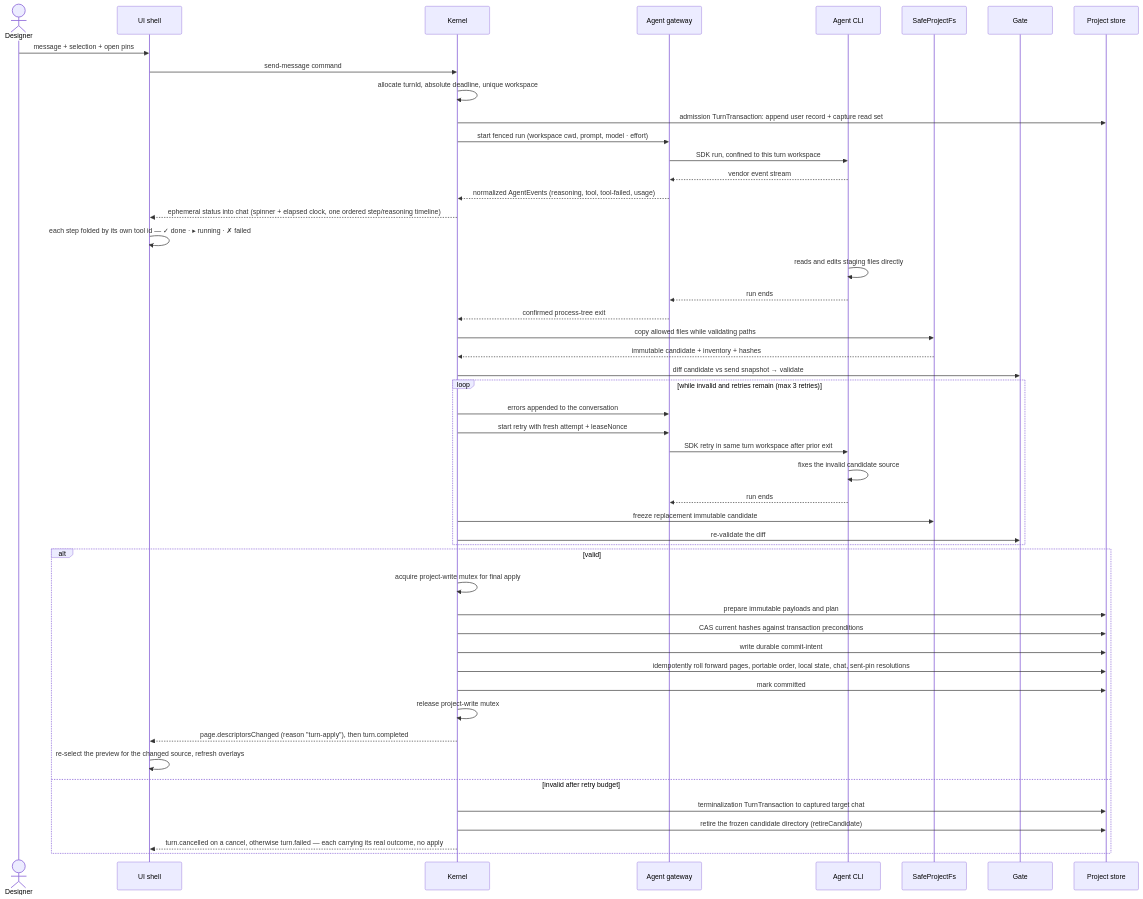
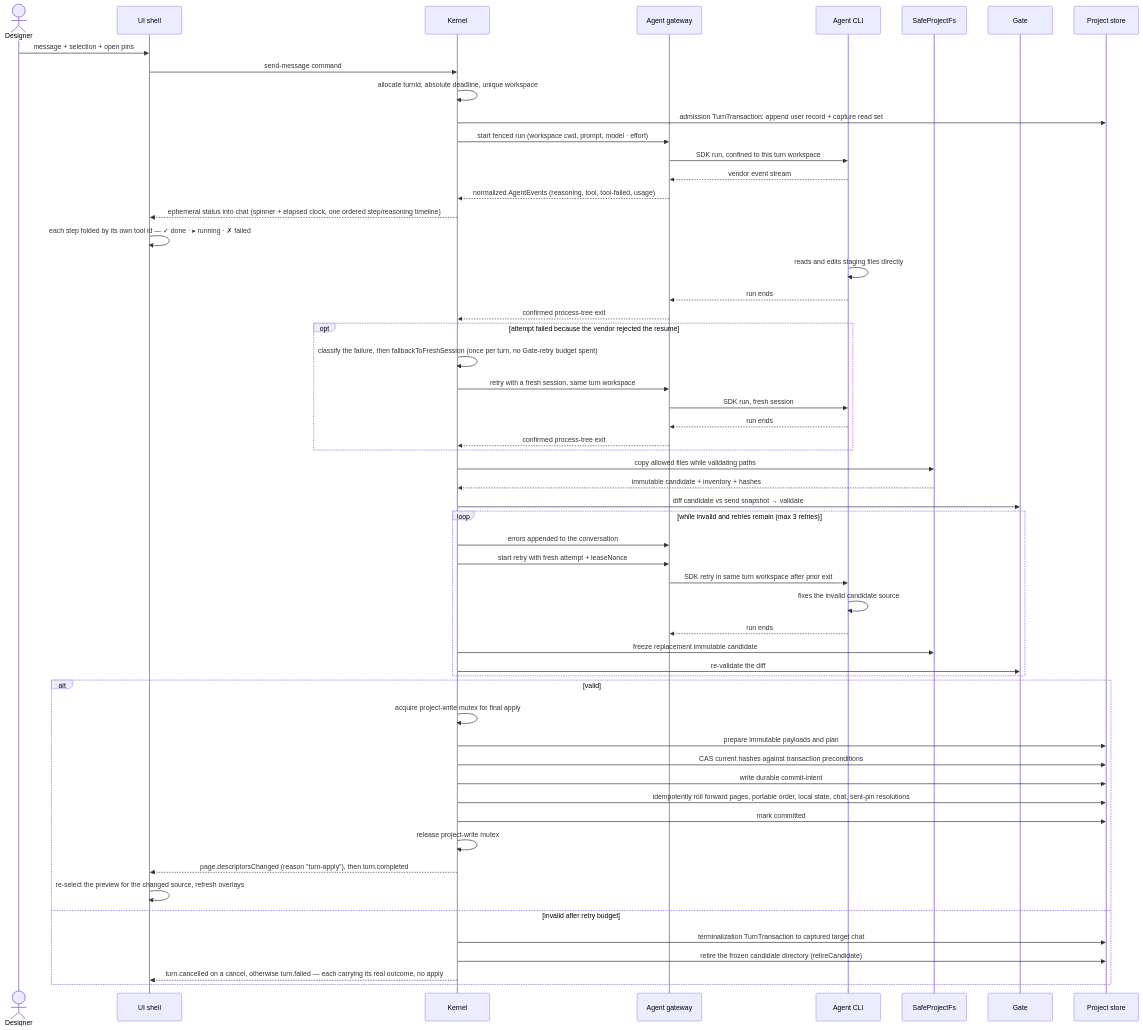
The diagram in docs/architecture/flows/generation-turn.md (khmilevoi/termcraft), drawn with Mermaid before and after one commit. The commit also changed other lines of this file and 29 other files, not shown here.

````diff
--- a/docs/architecture/flows/generation-turn.md
+++ b/docs/architecture/flows/generation-turn.md
@@ -3,52 +3,59 @@
 ```mermaid
 sequenceDiagram
     actor U as Designer
     participant UI as UI shell
     participant K as Kernel
     participant G as Agent gateway
     participant C as Agent CLI
     participant F as SafeProjectFs
     participant V as Gate
     participant S as Project store
 
     U->>UI: message + selection + open pins
     UI->>K: send-message command
     K->>K: allocate turnId, absolute deadline, unique workspace
     K->>S: admission TurnTransaction: append user record + capture read set
     K->>G: start fenced run (workspace cwd, prompt, model · effort)
     G->>C: SDK run, confined to this turn workspace
     C-->>G: vendor event stream
     G-->>K: normalized AgentEvents (reasoning, tool, tool-failed, usage)
     K-->>UI: ephemeral status into chat (spinner + elapsed clock, one ordered step/reasoning timeline)
     UI->>UI: each step folded by its own tool id — ✓ done · ▸ running · ✗ failed
     C->>C: reads and edits staging files directly
     C-->>G: run ends
     G-->>K: confirmed process-tree exit
+    opt attempt failed because the vendor rejected the resume
+        K->>K: classify the failure, then fallbackToFreshSession (once per turn, no Gate-retry budget spent)
+        K->>G: retry with a fresh session, same turn workspace
+        G->>C: SDK run, fresh session
+        C-->>G: run ends
+        G-->>K: confirmed process-tree exit
+    end
     K->>F: copy allowed files while validating paths
     F-->>K: immutable candidate + inventory + hashes
     K->>V: diff candidate vs send snapshot → validate
     loop while invalid and retries remain (max 3 retries)
         K->>G: errors appended to the conversation
         K->>G: start retry with fresh attempt + leaseNonce
         G->>C: SDK retry in same turn workspace after prior exit
         C->>C: fixes the invalid candidate source
         C-->>G: run ends
         K->>F: freeze replacement immutable candidate
         K->>V: re-validate the diff
     end
     alt valid
         K->>K: acquire project-write mutex for final apply
         K->>S: prepare immutable payloads and plan
         K->>S: CAS current hashes against transaction preconditions
         K->>S: write durable commit-intent
         K->>S: idempotently roll forward pages, portable order, local state, chat, sent-pin resolutions
         K->>S: mark committed
         K->>K: release project-write mutex
         K-->>UI: page.descriptorsChanged (reason "turn-apply"), then turn.completed
         UI->>UI: re-select the preview for the changed source, refresh overlays
     else invalid after retry budget
         K->>S: terminalization TurnTransaction to captured target chat
         K->>S: retire the frozen candidate directory (retireCandidate)
         K-->>UI: turn.cancelled on a cancel, otherwise turn.failed — each carrying its real outcome, no apply
     end
 ```
````
